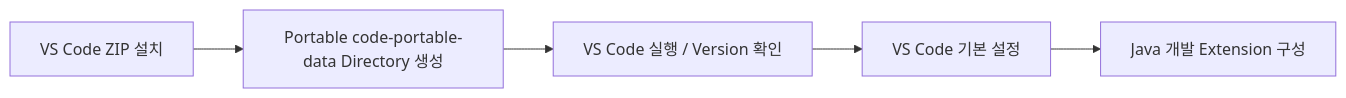
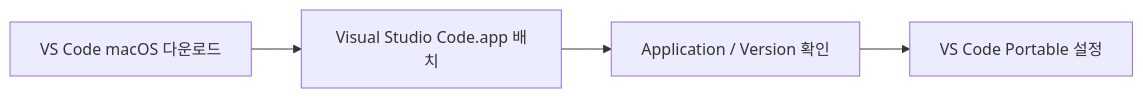
One commit to Team-Microserver/microserver-docs changed the second of 2 diagrams in docs/02_development_environment/03_macos/05_vscode/vscode_install.md. Above: the diagram before and after it, drawn with Mermaid. The commit also changed other lines of this file and 14 other files, not shown here.

````diff
--- a/docs/02_development_environment/03_macos/05_vscode/vscode_install.md
+++ b/docs/02_development_environment/03_macos/05_vscode/vscode_install.md
@@ -499,8 +341,7 @@
 ```mermaid
 flowchart LR
-    A["VS Code ZIP 설치"]
-    --> B["Portable code-portable-data Directory 생성"]
-    --> C["VS Code 실행 / Version 확인"]
-    --> D["VS Code 기본 설정"]
-    --> E["Java 개발 Extension 구성"]
+    A["VS Code macOS 다운로드"]
+    --> B["Visual Studio Code.app 배치"]
+    --> C["Application / Version 확인"]
+    --> D["VS Code Portable 설정"]
 ```
````
